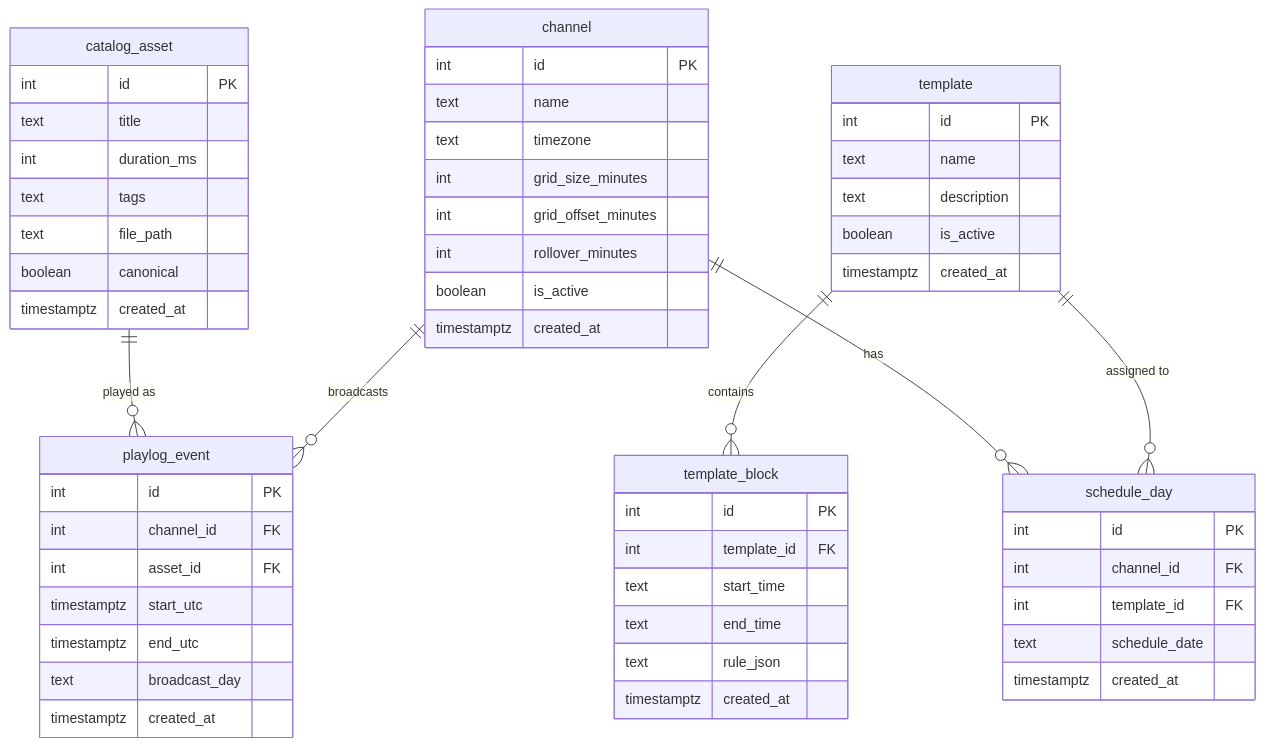
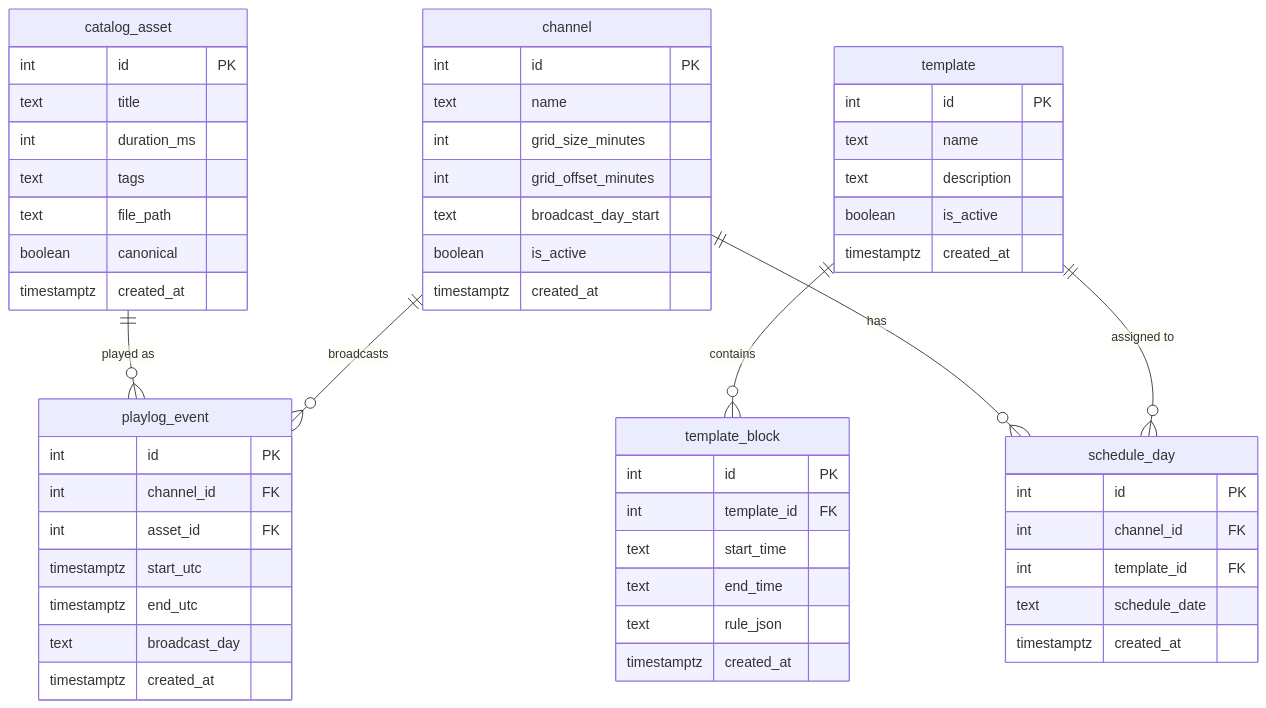
One commit to slbailey/Retrovue changed the diagram in docs/data-model/broadcast-schema.md. Above: the diagram before and after it, drawn with Mermaid. The commit also changed other lines of this file and 10 other files, not shown here.

Commit message:
docs: align Channel and related docs to local-time methodology; remove per-channel timezone and rollover references; update contracts and data model

````diff
--- a/docs/data-model/broadcast-schema.md
+++ b/docs/data-model/broadcast-schema.md
@@ -123,64 +122,63 @@
 ```mermaid
 erDiagram
     channel ||--o{ schedule_day : "has"
     template ||--o{ schedule_day : "assigned to"
     template ||--o{ template_block : "contains"
     catalog_asset ||--o{ playlog_event : "played as"
     channel ||--o{ playlog_event : "broadcasts"
 
     channel {
         int id PK
         text name
-        text timezone
         int grid_size_minutes
         int grid_offset_minutes
-        int rollover_minutes
+        text broadcast_day_start
         boolean is_active
         timestamptz created_at
     }
 
     template {
         int id PK
         text name
         text description
         boolean is_active
         timestamptz created_at
     }
 
     template_block {
         int id PK
         int template_id FK
         text start_time
         text end_time
         text rule_json
         timestamptz created_at
     }
 
     schedule_day {
         int id PK
         int channel_id FK
         int template_id FK
         text schedule_date
         timestamptz created_at
     }
 
     catalog_asset {
         int id PK
         text title
         int duration_ms
         text tags
         text file_path
         boolean canonical
         timestamptz created_at
     }
 
     playlog_event {
         int id PK
         int channel_id FK
         int asset_id FK
         timestamptz start_utc
         timestamptz end_utc
         text broadcast_day
         timestamptz created_at
     }
 ```
````
